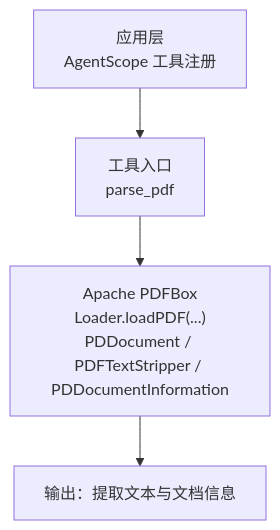
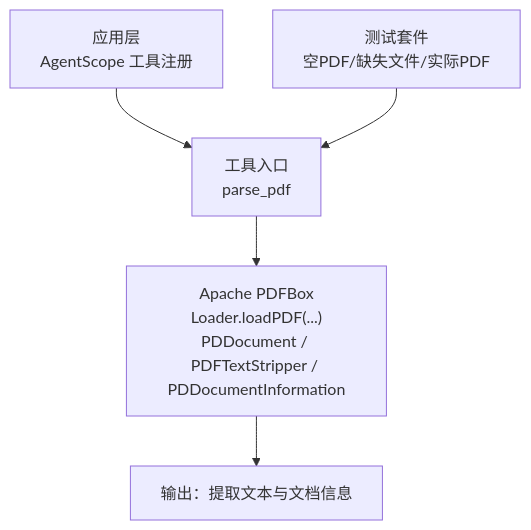
One commit to tinyhu/agentscope-demo changed the first of 5 diagrams in .qoder/repowiki/zh/content/工具系统/文档处理工具/PDF文档解析工具.md. Above: the diagram before and after it, drawn with Mermaid. The commit also changed other lines of this file and 24 other files, not shown here.

````diff
--- a/.qoder/repowiki/zh/content/工具系统/文档处理工具/PDF文档解析工具.md
+++ b/.qoder/repowiki/zh/content/工具系统/文档处理工具/PDF文档解析工具.md
@@ -31,6 +37,7 @@
 ```mermaid
 graph TB
-    A["应用层<br/>AgentScope 工具注册"] --> B["工具入口<br/>parse_pdf"]
-    B --> C["Apache PDFBox<br/>Loader.loadPDF(...)<br/>PDDocument / PDFTextStripper / PDDocumentInformation"]
-    C --> D["输出：提取文本与文档信息"]
+A["应用层<br/>AgentScope 工具注册"] --> B["工具入口<br/>parse_pdf"]
+B --> C["Apache PDFBox<br/>Loader.loadPDF(...)<br/>PDDocument / PDFTextStripper / PDDocumentInformation"]
+C --> D["输出：提取文本与文档信息"]
+E["测试套件<br/>空PDF/缺失文件/实际PDF"] --> B
 ```
````
